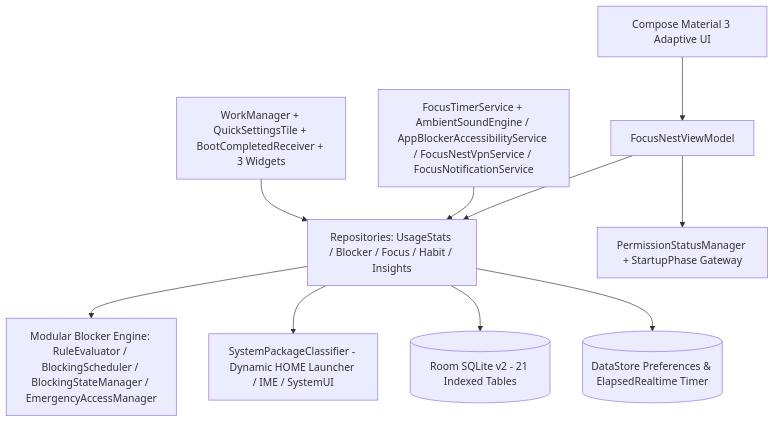
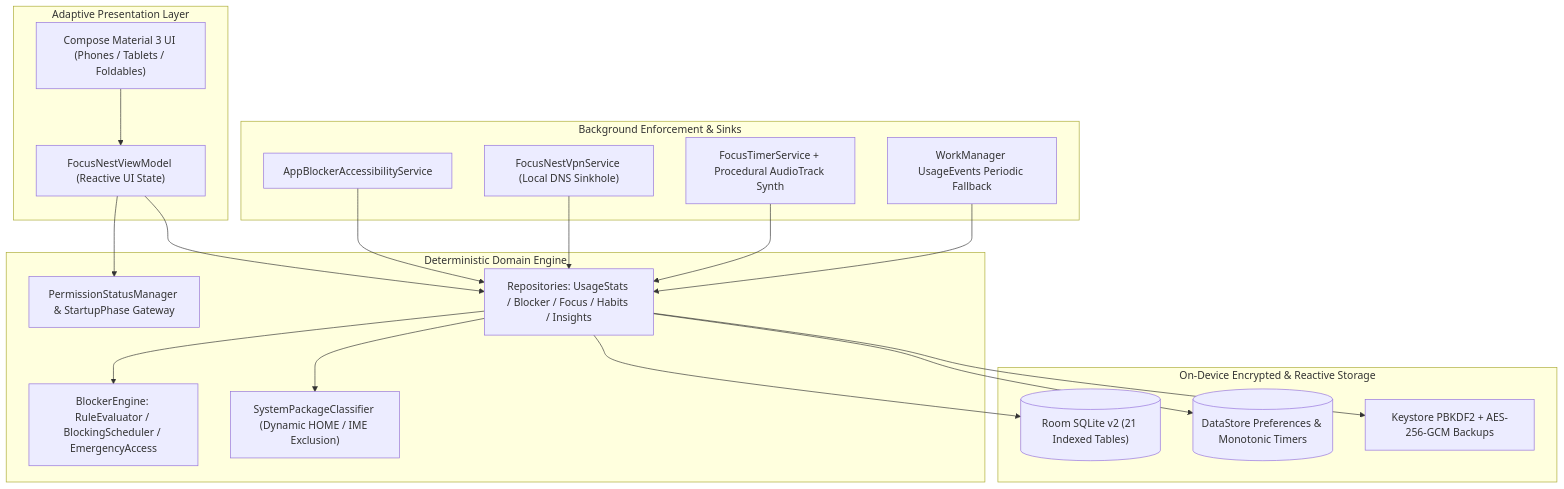
Before and after one commit to SudhirDevOps1/FocusNest: the diagram in README.md, drawn with Mermaid. The commit also changed other lines of this file and 4 other files, not shown here.

````diff
--- a/README.md
+++ b/README.md
@@ -54,12 +51,28 @@
 ```mermaid
 flowchart TD
-    UI[Compose Material 3 Adaptive UI] --> VM[FocusNestViewModel]
-    VM --> REPO[Repositories: UsageStats / Blocker / Focus / Habit / Insights]
-    VM --> PERM[PermissionStatusManager + StartupPhase Gateway]
-    REPO --> ENGINE[Modular Blocker Engine: RuleEvaluator / BlockingScheduler / BlockingStateManager / EmergencyAccessManager]
-    REPO --> SYS[SystemPackageClassifier - Dynamic HOME Launcher / IME / SystemUI]
-    REPO --> ROOM[(Room SQLite v2 - 21 Indexed Tables)]
-    REPO --> DS[(DataStore Preferences & ElapsedRealtime Timer)]
-    SVC[FocusTimerService + AmbientSoundEngine / AppBlockerAccessibilityService / FocusNestVpnService / FocusNotificationService] --> REPO
-    WORK[WorkManager + QuickSettingsTile + BootCompletedReceiver + 3 Widgets] --> REPO
+    subgraph UI_Layer ["Adaptive Presentation Layer"]
+        UI["Compose Material 3 UI (Phones / Tablets / Foldables)"]
+        VM["FocusNestViewModel (Reactive UI State)"]
+        UI --> VM
+    end
+
+    subgraph Domain_Layer ["Deterministic Domain Engine"]
+        VM --> PERM["PermissionStatusManager & StartupPhase Gateway"]
+        VM --> REPO["Repositories: UsageStats / Blocker / Focus / Habits / Insights"]
+        REPO --> BLOCKER["BlockerEngine: RuleEvaluator / BlockingScheduler / EmergencyAccess"]
+        REPO --> CLASSIFIER["SystemPackageClassifier (Dynamic HOME / IME Exclusion)"]
+    end
+
+    subgraph Storage_Layer ["On-Device Encrypted & Reactive Storage"]
+        REPO --> ROOM[("Room SQLite v2 (21 Indexed Tables)")]
+        REPO --> DATASTORE[("DataStore Preferences & Monotonic Timers")]
+        REPO --> CRYPTO["Keystore PBKDF2 + AES-256-GCM Backups"]
+    end
+
+    subgraph System_Services ["Background Enforcement & Sinks"]
+        ACC["AppBlockerAccessibilityService"] --> REPO
+        VPN["FocusNestVpnService (Local DNS Sinkhole)"] --> REPO
+        TIMER["FocusTimerService + Procedural AudioTrack Synth"] --> REPO
+        WORK["WorkManager UsageEvents Periodic Fallback"] --> REPO
+    end
 ```
````
